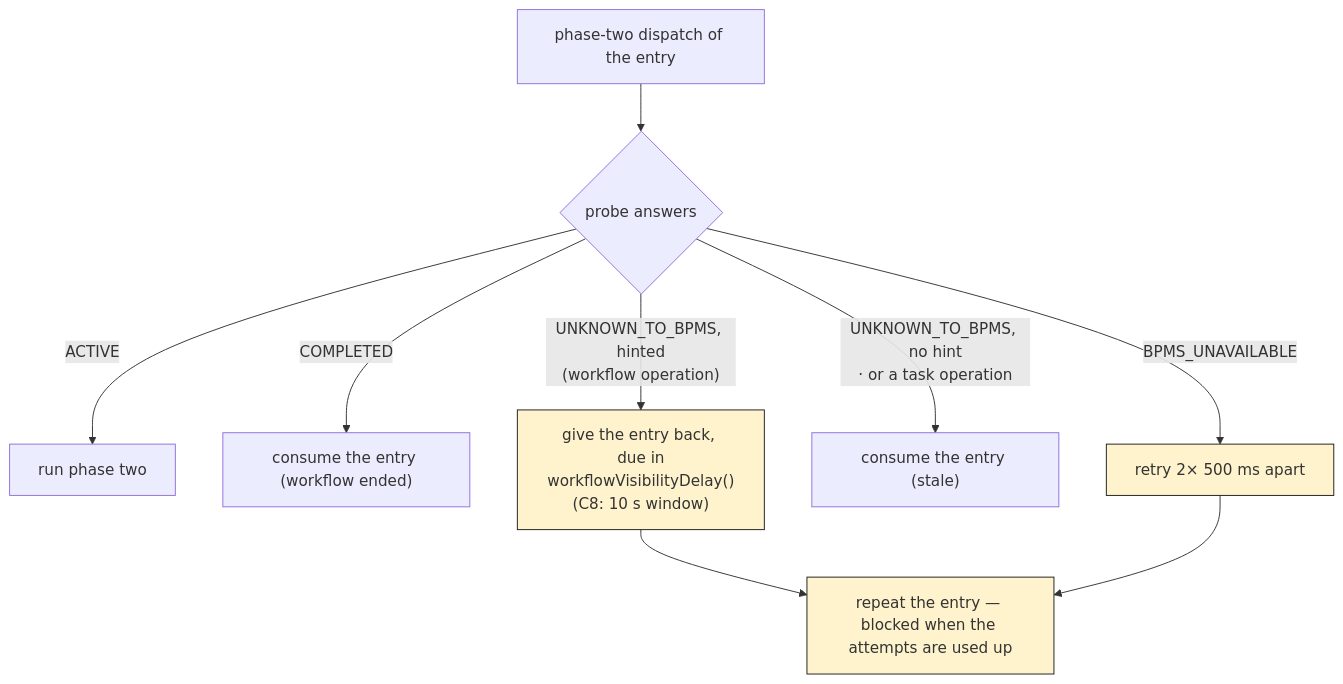
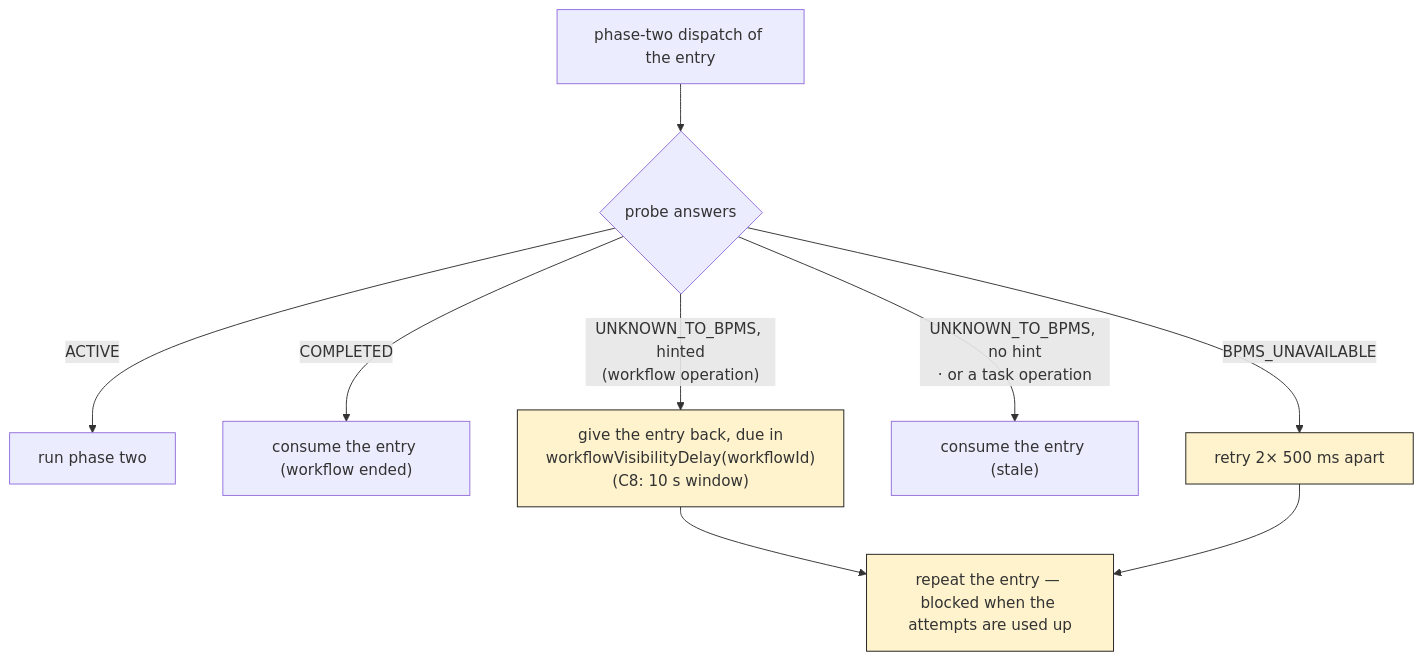
Before and after one commit to vanillabp/adapter-platform-integration: the third of 15 diagrams in migration-adapter/README.md, drawn with Mermaid. The commit also changed other lines of this file and 10 other files, not shown here.

````diff
--- a/migration-adapter/README.md
+++ b/migration-adapter/README.md
@@ -147,12 +147,12 @@
 ```mermaid
 flowchart TB
   D["phase-two dispatch of the entry"] --> DR{"probe answers"}
   DR -->|ACTIVE| DO["run phase two"]
   DR -->|COMPLETED| DC["consume the entry (workflow ended)"]
-  DR -->|"UNKNOWN_TO_BPMS, hinted<br/>(workflow operation)"| DW["give the entry back, due in<br/>workflowVisibilityDelay()<br/>(C8: 10 s window)"] --> DRE["repeat the entry — blocked when the attempts are used up"]
+  DR -->|"UNKNOWN_TO_BPMS, hinted<br/>(workflow operation)"| DW["give the entry back, due in<br/>workflowVisibilityDelay(workflowId)<br/>(C8: 10 s window)"] --> DRE["repeat the entry — blocked when the attempts are used up"]
   DR -->|"UNKNOWN_TO_BPMS, no hint<br/>· or a task operation"| DS["consume the entry (stale)"]
   DR -->|BPMS_UNAVAILABLE| DU["retry 2× 500 ms apart"] --> DRE
 
   classDef warn fill:#fff3cd,stroke:#1e1e1e;
   class DW,DU,DRE warn;
 ```
````
